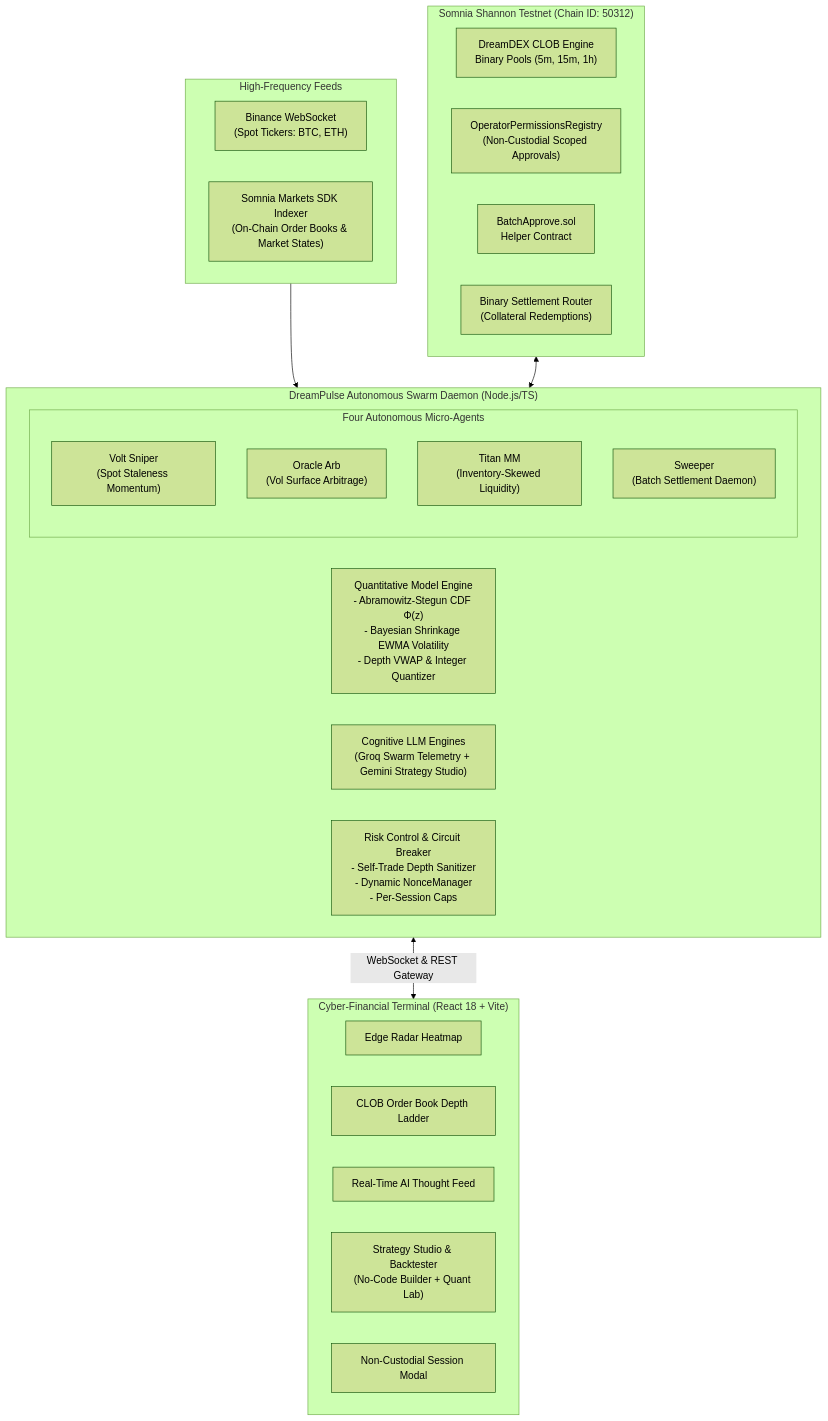
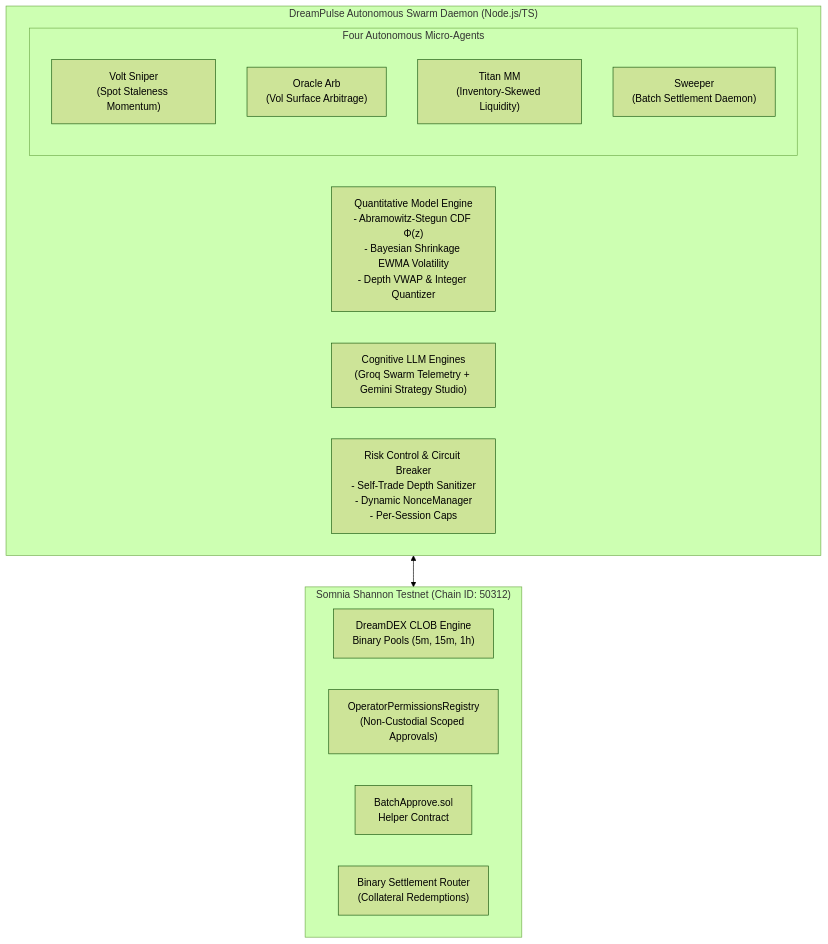
One commit to zaikaman/DreamPulse changed the fourth of 7 diagrams in README.md. Above: the diagram before and after it, drawn with Mermaid (forest theme). The commit also changed other lines of this file and 2 other files, not shown here.

````diff
--- a/README.md
+++ b/README.md
@@ -82,40 +232,25 @@
 ```mermaid
 flowchart TB
-    subgraph SomniaShannonL1 ["Somnia Shannon Testnet (Chain ID: 50312)"]
-        CLOB["DreamDEX CLOB Engine\nBinary Pools (5m, 15m, 1h)"]
-        OPR["OperatorPermissionsRegistry\n(Non-Custodial Scoped Approvals)"]
-        BATCH["BatchApprove.sol\nHelper Contract"]
-        SETTLE["Binary Settlement Router\n(Collateral Redemptions)"]
-    end
-
-    subgraph DataFeeds ["High-Frequency Feeds"]
-        BINANCE["Binance WebSocket\n(Spot Tickers: BTC, ETH)"]
-        GRAPHQL["Somnia Markets SDK Indexer\n(On-Chain Order Books & Market States)"]
-    end
-
     subgraph SwarmEngine ["DreamPulse Autonomous Swarm Daemon (Node.js/TS)"]
         QUANT["Quantitative Model Engine\n- Abramowitz-Stegun CDF Φ(z)\n- Bayesian Shrinkage EWMA Volatility\n- Depth VWAP & Integer Quantizer"]
         
         subgraph Agents ["Four Autonomous Micro-Agents"]
             VOLT["Volt Sniper\n(Spot Staleness Momentum)"]
             ORACLE["Oracle Arb\n(Vol Surface Arbitrage)"]
             TITAN["Titan MM\n(Inventory-Skewed Liquidity)"]
             SWEEPER["Sweeper\n(Batch Settlement Daemon)"]
         end
 
         LLM["Cognitive LLM Engines\n(Groq Swarm Telemetry + Gemini Strategy Studio)"]
         RISK["Risk Control & Circuit Breaker\n- Self-Trade Depth Sanitizer\n- Dynamic NonceManager\n- Per-Session Caps"]
     end
 
-    subgraph UserInterface ["Cyber-Financial Terminal (React 18 + Vite)"]
-        RADAR["Edge Radar Heatmap"]
-        LADDER["CLOB Order Book Depth Ladder"]
-        FEED["Real-Time AI Thought Feed"]
-        STUDIO["Strategy Studio & Backtester\n(No-Code Builder + Quant Lab)"]
-        MODAL["Non-Custodial Session Modal"]
+    subgraph SomniaShannonL1 ["Somnia Shannon Testnet (Chain ID: 50312)"]
+        CLOB["DreamDEX CLOB Engine\nBinary Pools (5m, 15m, 1h)"]
+        OPR["OperatorPermissionsRegistry\n(Non-Custodial Scoped Approvals)"]
+        BATCH["BatchApprove.sol\nHelper Contract"]
+        SETTLE["Binary Settlement Router\n(Collateral Redemptions)"]
     end
 
-    DataFeeds --> SwarmEngine
-    SomniaShannonL1 <--> SwarmEngine
-    SwarmEngine <-->|WebSocket & REST Gateway| UserInterface
+    SwarmEngine <--> SomniaShannonL1
 ```
````
